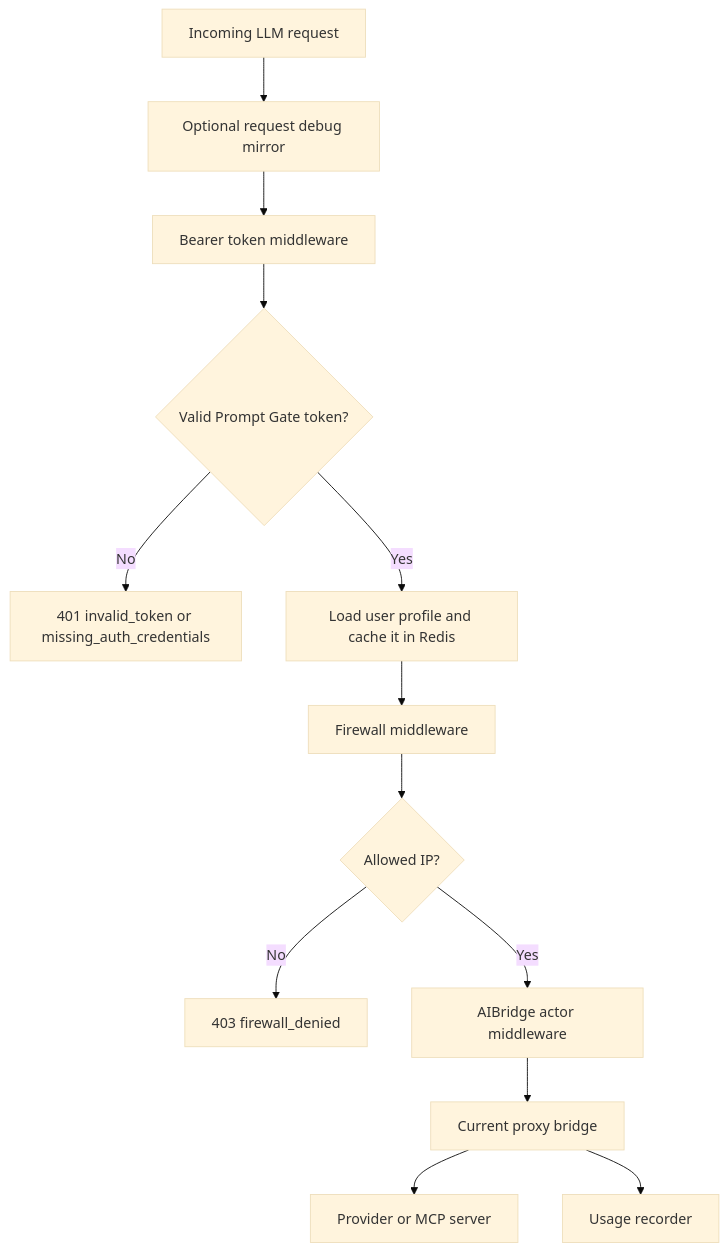
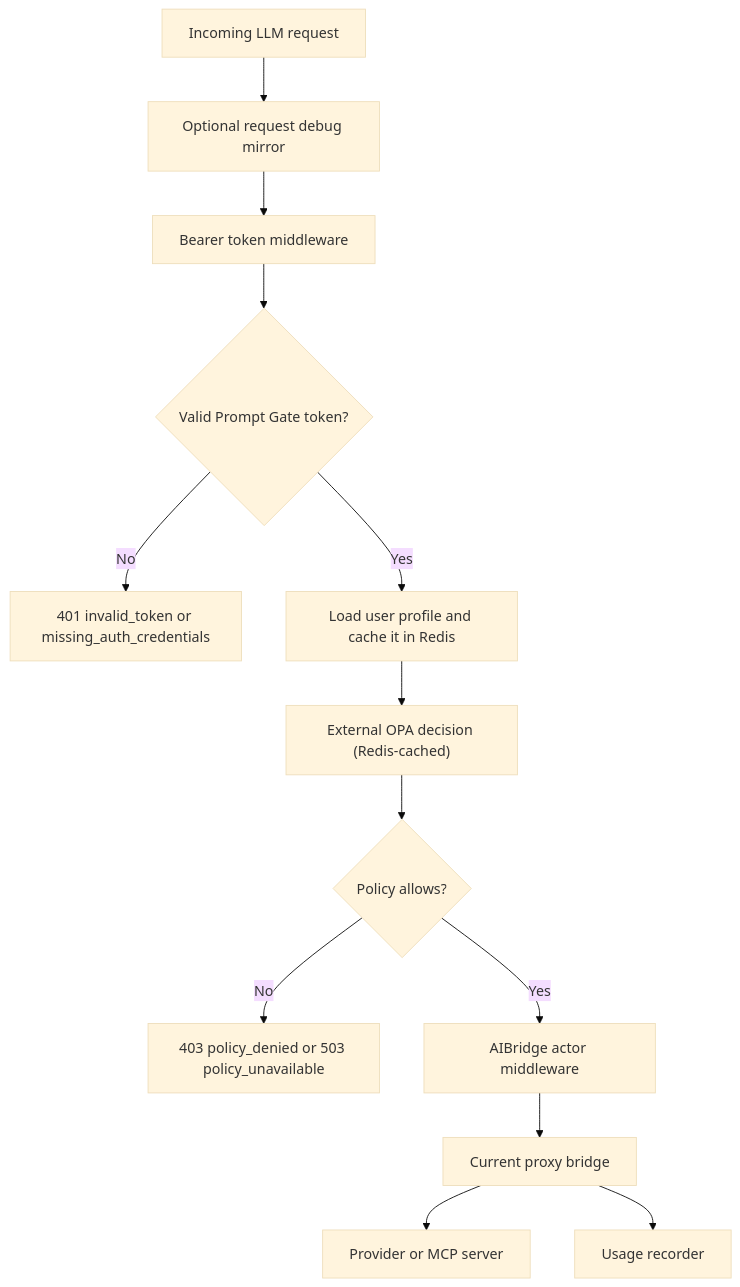
One commit to thomas-illiet/prompt-gate changed the diagram in docs/proxy.md. Above: the diagram before and after it, drawn with Mermaid (base theme). The commit also changed other lines of this file and 91 other files, not shown here.

Commit message:
feat: replace firewall with external OPA

````diff
--- a/docs/proxy.md
+++ b/docs/proxy.md
@@ -18,15 +18,15 @@
 ```mermaid
 flowchart TD
     A["Incoming LLM request"] --> Z["Optional request debug mirror"]
     Z --> B["Bearer token middleware"]
     B --> C{"Valid Prompt Gate token?"}
     C -->|No| D["401 invalid_token or missing_auth_credentials"]
     C -->|Yes| E["Load user profile and cache it in Redis"]
-    E --> F["Firewall middleware"]
-    F --> G{"Allowed IP?"}
-    G -->|No| H["403 firewall_denied"]
+    E --> F["External OPA decision (Redis-cached)"]
+    F --> G{"Policy allows?"}
+    G -->|No| H["403 policy_denied or 503 policy_unavailable"]
     G -->|Yes| I["AIBridge actor middleware"]
     I --> J["Current proxy bridge"]
     J --> K["Provider or MCP server"]
     J --> L["Usage recorder"]
 ```
````
